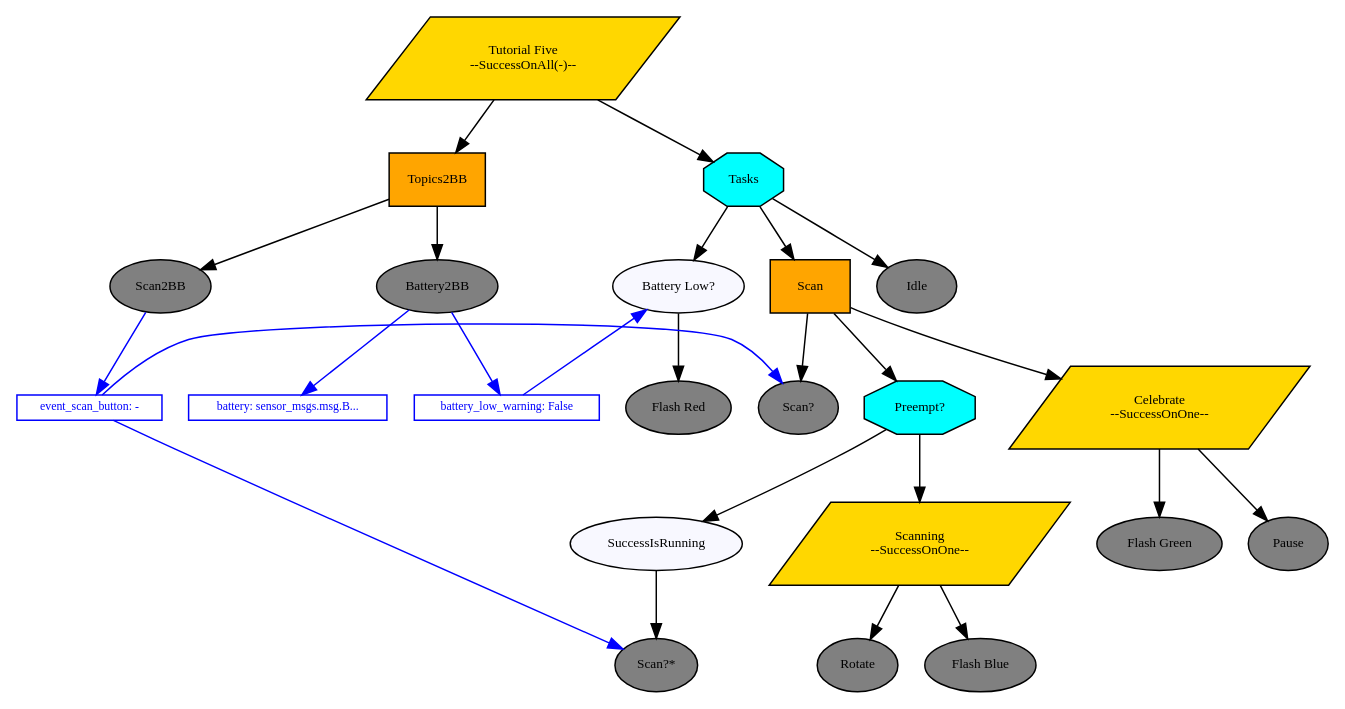
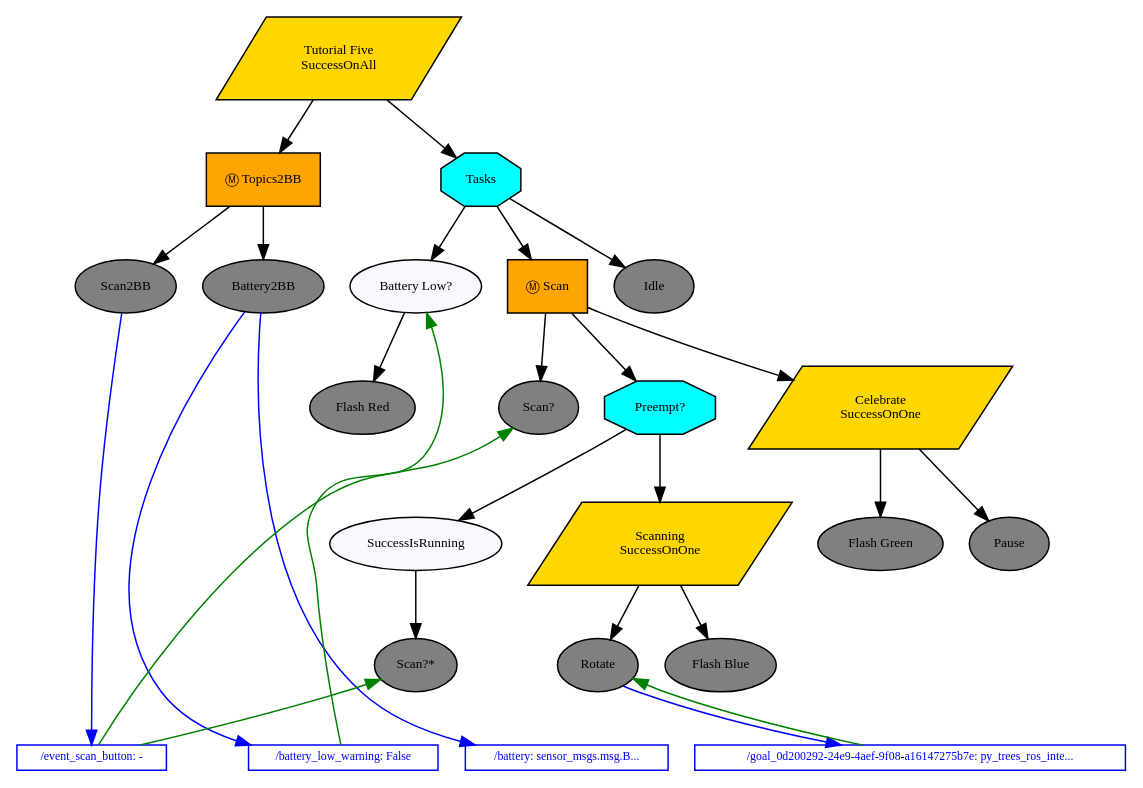
Before and after one commit to splintered-reality/py_trees_ros_tutorials: the diagram in doc/dot/tutorial-five-action-clients.dot, drawn with Graphviz. The commit also changed 8 other files, not shown here.

```diff
--- a/doc/dot/tutorial-five-action-clients.dot
+++ b/doc/dot/tutorial-five-action-clients.dot
@@ -1,102 +1,61 @@
 digraph pastafarianism {
+ordering=out;
 graph [fontname="times-roman"];
 node [fontname="times-roman"];
 edge [fontname="times-roman"];
-"Tutorial Five" [label="Tutorial Five\n--SuccessOnAll(-)--", shape=parallelogram, style=filled, fillcolor=gold, fontsize=9, fontcolor=black];
-Topics2BB [label=Topics2BB, shape=box, style=filled, fillcolor=orange, fontsize=9, fontcolor=black];
+"Tutorial Five" [fillcolor=gold, fontcolor=black, fontsize=9, label="Tutorial Five\nSuccessOnAll", shape=parallelogram, style=filled];
+Topics2BB [fillcolor=orange, fontcolor=black, fontsize=9, label="Ⓜ Topics2BB", shape=box, style=filled];
 "Tutorial Five" -> Topics2BB;
-Scan2BB [label=Scan2BB, shape=ellipse, style=filled, fillcolor=gray, fontsize=9, fontcolor=black];
+Scan2BB [fillcolor=gray, fontcolor=black, fontsize=9, label=Scan2BB, shape=ellipse, style=filled];
 Topics2BB -> Scan2BB;
-Battery2BB [label=Battery2BB, shape=ellipse, style=filled, fillcolor=gray, fontsize=9, fontcolor=black];
+Battery2BB [fillcolor=gray, fontcolor=black, fontsize=9, label=Battery2BB, shape=ellipse, style=filled];
 Topics2BB -> Battery2BB;
-subgraph  {
-label=children_of_Topics2BB;
-rank=same;
-Scan2BB [label=Scan2BB, shape=ellipse, style=filled, fillcolor=gray, fontsize=9, fontcolor=black];
-Battery2BB [label=Battery2BB, shape=ellipse, style=filled, fillcolor=gray, fontsize=9, fontcolor=black];
+Tasks [fillcolor=cyan, fontcolor=black, fontsize=9, label=Tasks, shape=octagon, style=filled];
+"Tutorial Five" -> Tasks;
+"Battery Low?" [fillcolor=ghostwhite, fontcolor=black, fontsize=9, label="Battery Low?", shape=ellipse, style=filled];
+Tasks -> "Battery Low?";
+"Flash Red" [fillcolor=gray, fontcolor=black, fontsize=9, label="Flash Red", shape=ellipse, style=filled];
+"Battery Low?" -> "Flash Red";
+Scan [fillcolor=orange, fontcolor=black, fontsize=9, label="Ⓜ Scan", shape=box, style=filled];
+Tasks -> Scan;
+"Scan?" [fillcolor=gray, fontcolor=black, fontsize=9, label="Scan?", shape=ellipse, style=filled];
+Scan -> "Scan?";
+"Preempt?" [fillcolor=cyan, fontcolor=black, fontsize=9, label="Preempt?", shape=octagon, style=filled];
+Scan -> "Preempt?";
+SuccessIsRunning [fillcolor=ghostwhite, fontcolor=black, fontsize=9, label=SuccessIsRunning, shape=ellipse, style=filled];
+"Preempt?" -> SuccessIsRunning;
+"Scan?*" [fillcolor=gray, fontcolor=black, fontsize=9, label="Scan?*", shape=ellipse, style=filled];
+SuccessIsRunning -> "Scan?*";
+Scanning [fillcolor=gold, fontcolor=black, fontsize=9, label="Scanning\nSuccessOnOne", shape=parallelogram, style=filled];
+"Preempt?" -> Scanning;
+Rotate [fillcolor=gray, fontcolor=black, fontsize=9, label=Rotate, shape=ellipse, style=filled];
+Scanning -> Rotate;
+"Flash Blue" [fillcolor=gray, fontcolor=black, fontsize=9, label="Flash Blue", shape=ellipse, style=filled];
+Scanning -> "Flash Blue";
+Celebrate [fillcolor=gold, fontcolor=black, fontsize=9, label="Celebrate\nSuccessOnOne", shape=parallelogram, style=filled];
+Scan -> Celebrate;
+"Flash Green" [fillcolor=gray, fontcolor=black, fontsize=9, label="Flash Green", shape=ellipse, style=filled];
+Celebrate -> "Flash Green";
+Pause [fillcolor=gray, fontcolor=black, fontsize=9, label=Pause, shape=ellipse, style=filled];
+Celebrate -> Pause;
+Idle [fillcolor=gray, fontcolor=black, fontsize=9, label=Idle, shape=ellipse, style=filled];
+Tasks -> Idle;
+"/goal_0d200292-24e9-4aef-9f08-a16147275b7e" -> Rotate  [color=green, constraint=False, weight=0];
+Rotate -> "/goal_0d200292-24e9-4aef-9f08-a16147275b7e"  [color=blue, constraint=False, weight=0];
+"/battery_low_warning" -> "Battery Low?"  [color=green, constraint=False, weight=0];
+Battery2BB -> "/battery_low_warning"  [color=blue, constraint=False, weight=0];
+Battery2BB -> "/battery"  [color=blue, constraint=False, weight=0];
+"/event_scan_button" -> "Scan?"  [color=green, constraint=False, weight=0];
+"/event_scan_button" -> "Scan?*"  [color=green, constraint=False, weight=0];
+Scan2BB -> "/event_scan_button"  [color=blue, constraint=False, weight=0];
+subgraph Blackboard {
+id=Blackboard;
+label=Blackboard;
+rank=sink;
+"/goal_0d200292-24e9-4aef-9f08-a16147275b7e" [color=blue, fillcolor=white, fixedsize=False, fontcolor=blue, fontsize=8, height=0, label="/goal_0d200292-24e9-4aef-9f08-a16147275b7e: py_trees_ros_inte...", shape=box, style=filled, width=0];
+"/battery_low_warning" [color=blue, fillcolor=white, fixedsize=False, fontcolor=blue, fontsize=8, height=0, label="/battery_low_warning: False", shape=box, style=filled, width=0];
+"/battery" [color=blue, fillcolor=white, fixedsize=False, fontcolor=blue, fontsize=8, height=0, label="/battery: sensor_msgs.msg.B...", shape=box, style=filled, width=0];
+"/event_scan_button" [color=blue, fillcolor=white, fixedsize=False, fontcolor=blue, fontsize=8, height=0, label="/event_scan_button: -", shape=box, style=filled, width=0];
 }
 
-Tasks [label=Tasks, shape=octagon, style=filled, fillcolor=cyan, fontsize=9, fontcolor=black];
-"Tutorial Five" -> Tasks;
-"Battery Low?" [label="Battery Low?", shape=ellipse, style=filled, fillcolor=ghostwhite, fontsize=9, fontcolor=black];
-Tasks -> "Battery Low?";
-"Flash Red" [label="Flash Red", shape=ellipse, style=filled, fillcolor=gray, fontsize=9, fontcolor=black];
-"Battery Low?" -> "Flash Red";
-Scan [label=Scan, shape=box, style=filled, fillcolor=orange, fontsize=9, fontcolor=black];
-Tasks -> Scan;
-"Scan?" [label="Scan?", shape=ellipse, style=filled, fillcolor=gray, fontsize=9, fontcolor=black];
-Scan -> "Scan?";
-"Preempt?" [label="Preempt?", shape=octagon, style=filled, fillcolor=cyan, fontsize=9, fontcolor=black];
-Scan -> "Preempt?";
-SuccessIsRunning [label=SuccessIsRunning, shape=ellipse, style=filled, fillcolor=ghostwhite, fontsize=9, fontcolor=black];
-"Preempt?" -> SuccessIsRunning;
-"Scan?*" [label="Scan?*", shape=ellipse, style=filled, fillcolor=gray, fontsize=9, fontcolor=black];
-SuccessIsRunning -> "Scan?*";
-Scanning [label="Scanning\n--SuccessOnOne--", shape=parallelogram, style=filled, fillcolor=gold, fontsize=9, fontcolor=black];
-"Preempt?" -> Scanning;
-Rotate [label=Rotate, shape=ellipse, style=filled, fillcolor=gray, fontsize=9, fontcolor=black];
-Scanning -> Rotate;
-"Flash Blue" [label="Flash Blue", shape=ellipse, style=filled, fillcolor=gray, fontsize=9, fontcolor=black];
-Scanning -> "Flash Blue";
-subgraph  {
-label=children_of_Scanning;
-rank=same;
-Rotate [label=Rotate, shape=ellipse, style=filled, fillcolor=gray, fontsize=9, fontcolor=black];
-"Flash Blue" [label="Flash Blue", shape=ellipse, style=filled, fillcolor=gray, fontsize=9, fontcolor=black];
 }
-
-subgraph  {
-label="children_of_Preempt?";
-rank=same;
-SuccessIsRunning [label=SuccessIsRunning, shape=ellipse, style=filled, fillcolor=ghostwhite, fontsize=9, fontcolor=black];
-Scanning [label="Scanning\n--SuccessOnOne--", shape=parallelogram, style=filled, fillcolor=gold, fontsize=9, fontcolor=black];
-}
-
-Celebrate [label="Celebrate\n--SuccessOnOne--", shape=parallelogram, style=filled, fillcolor=gold, fontsize=9, fontcolor=black];
-Scan -> Celebrate;
-"Flash Green" [label="Flash Green", shape=ellipse, style=filled, fillcolor=gray, fontsize=9, fontcolor=black];
-Celebrate -> "Flash Green";
-Pause [label=Pause, shape=ellipse, style=filled, fillcolor=gray, fontsize=9, fontcolor=black];
-Celebrate -> Pause;
-subgraph  {
-label=children_of_Celebrate;
-rank=same;
-"Flash Green" [label="Flash Green", shape=ellipse, style=filled, fillcolor=gray, fontsize=9, fontcolor=black];
-Pause [label=Pause, shape=ellipse, style=filled, fillcolor=gray, fontsize=9, fontcolor=black];
-}
-
-subgraph  {
-label=children_of_Scan;
-rank=same;
-"Scan?" [label="Scan?", shape=ellipse, style=filled, fillcolor=gray, fontsize=9, fontcolor=black];
-"Preempt?" [label="Preempt?", shape=octagon, style=filled, fillcolor=cyan, fontsize=9, fontcolor=black];
-Celebrate [label="Celebrate\n--SuccessOnOne--", shape=parallelogram, style=filled, fillcolor=gold, fontsize=9, fontcolor=black];
-}
-
-Idle [label=Idle, shape=ellipse, style=filled, fillcolor=gray, fontsize=9, fontcolor=black];
-Tasks -> Idle;
-subgraph  {
-label=children_of_Tasks;
-rank=same;
-"Battery Low?" [label="Battery Low?", shape=ellipse, style=filled, fillcolor=ghostwhite, fontsize=9, fontcolor=black];
-Scan [label=Scan, shape=box, style=filled, fillcolor=orange, fontsize=9, fontcolor=black];
-Idle [label=Idle, shape=ellipse, style=filled, fillcolor=gray, fontsize=9, fontcolor=black];
-}
-
-subgraph  {
-label="children_of_Tutorial Five";
-rank=same;
-Topics2BB [label=Topics2BB, shape=box, style=filled, fillcolor=orange, fontsize=9, fontcolor=black];
-Tasks [label=Tasks, shape=octagon, style=filled, fillcolor=cyan, fontsize=9, fontcolor=black];
-}
-
-event_scan_button [label="event_scan_button: -", shape=box, style=filled, color=blue, fillcolor=white, fontsize=8, fontcolor=blue, width=0, height=0, fixedsize=False];
-event_scan_button -> "Scan?*"  [color=blue, constraint=False];
-event_scan_button -> "Scan?"  [color=blue, constraint=False];
-Scan2BB -> event_scan_button  [color=blue, constraint=True];
-battery [label="battery: sensor_msgs.msg.B...", shape=box, style=filled, color=blue, fillcolor=white, fontsize=8, fontcolor=blue, width=0, height=0, fixedsize=False];
-Battery2BB -> battery  [color=blue, constraint=True];
-battery_low_warning [label="battery_low_warning: False", shape=box, style=filled, color=blue, fillcolor=white, fontsize=8, fontcolor=blue, width=0, height=0, fixedsize=False];
-battery_low_warning -> "Battery Low?"  [color=blue, constraint=False];
-Battery2BB -> battery_low_warning  [color=blue, constraint=True];
-}
```
